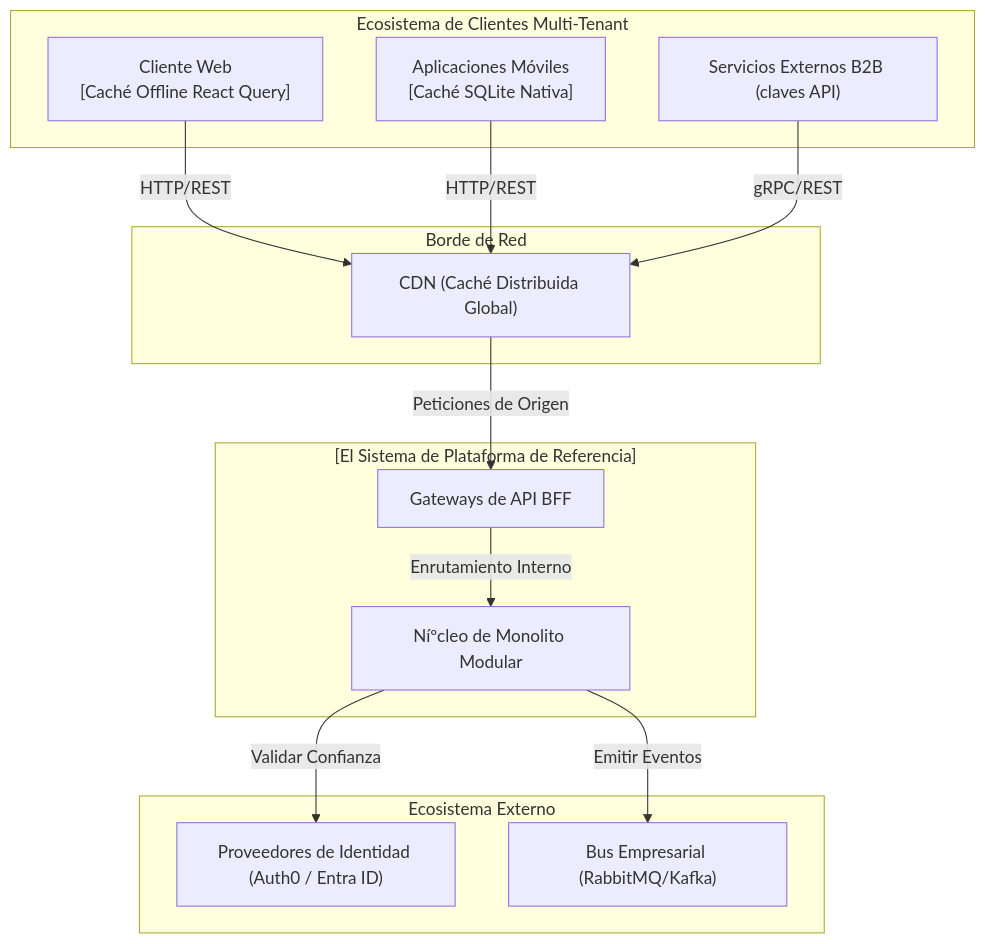
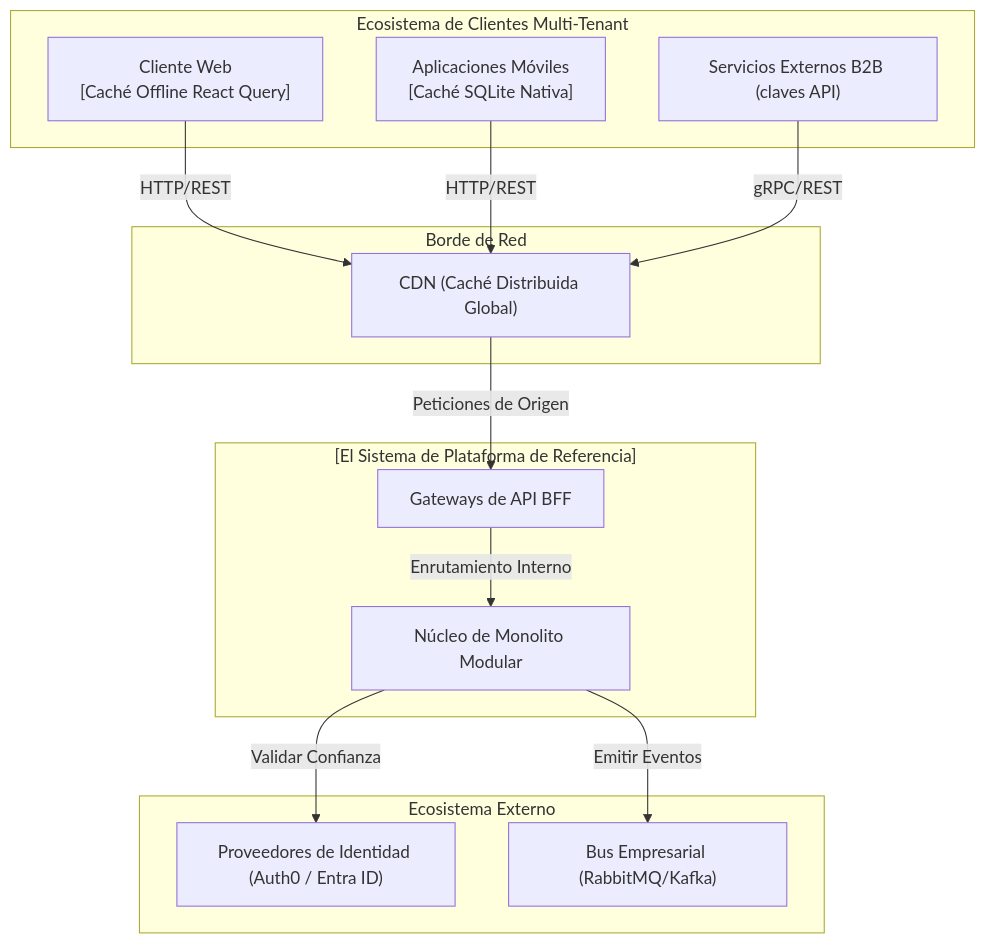
The first of 3 diagrams in architecture/blueprints-es/c4-topology-spec.md (beyondnetcode/arc32_progresive_monolith), drawn with Mermaid before and after one commit. The commit also changed other lines of this file and 328 other files, not shown here.

Commit message:
chore: update and synchronize governance, architecture, and SDLC documentation across multiple languages

````diff
--- a/architecture/blueprints-es/c4-topology-spec.md
+++ b/architecture/blueprints-es/c4-topology-spec.md
@@ -12,32 +12,32 @@
 ```mermaid
 graph TD
-    subgraph Clients["Ecosistema de Clientes Multi-Tenant"]
-        WebPortal["Cliente Web\n[Caché Offline React Query]"]
-        MobileApp["Aplicaciones Móviles\n[Caché SQLite Nativa]"]
-        ThirdParty["Servicios Externos B2B (claves API)"]
-    end
+ subgraph Clients["Ecosistema de Clientes Multi-Tenant"]
+ WebPortal["Cliente Web\n[Caché Offline React Query]"]
+ MobileApp["Aplicaciones Móviles\n[Caché SQLite Nativa]"]
+ ThirdParty["Servicios Externos B2B (claves API)"]
+ end
 
-    subgraph EdgeNet["Borde de Red"]
-        CDN["CDN (Caché Distribuida Global)"]
-    end
+ subgraph EdgeNet["Borde de Red"]
+ CDN["CDN (Caché Distribuida Global)"]
+ end
 
-    subgraph CoreSystem["[El Sistema de Plataforma de Referencia]"]
-        MainCore["Níºcleo de Monolito Modular"]
-        BFFGateway["Gateways de API BFF"]
-    end
+ subgraph CoreSystem["[El Sistema de Plataforma de Referencia]"]
+ MainCore["Núcleo de Monolito Modular"]
+ BFFGateway["Gateways de API BFF"]
+ end
 
-    subgraph ExternalDependencies["Ecosistema Externo"]
-        ExternalIdP["Proveedores de Identidad (Auth0 / Entra ID)"]
-        MessageBus["Bus Empresarial (RabbitMQ/Kafka)"]
-    end
+ subgraph ExternalDependencies["Ecosistema Externo"]
+ ExternalIdP["Proveedores de Identidad (Auth0 / Entra ID)"]
+ MessageBus["Bus Empresarial (RabbitMQ/Kafka)"]
+ end
 
-    WebPortal -->|HTTP/REST| CDN
-    MobileApp -->|HTTP/REST| CDN
-    ThirdParty -->|gRPC/REST| CDN
-    
-    CDN -->|Peticiones de Origen| BFFGateway
-    BFFGateway -->|Enrutamiento Interno| MainCore
-    
-    MainCore -->|Validar Confianza| ExternalIdP
-    MainCore -->|Emitir Eventos| MessageBus
+ WebPortal -->|HTTP/REST| CDN
+ MobileApp -->|HTTP/REST| CDN
+ ThirdParty -->|gRPC/REST| CDN
+ 
+ CDN -->|Peticiones de Origen| BFFGateway
+ BFFGateway -->|Enrutamiento Interno| MainCore
+ 
+ MainCore -->|Validar Confianza| ExternalIdP
+ MainCore -->|Emitir Eventos| MessageBus
 ```
````
